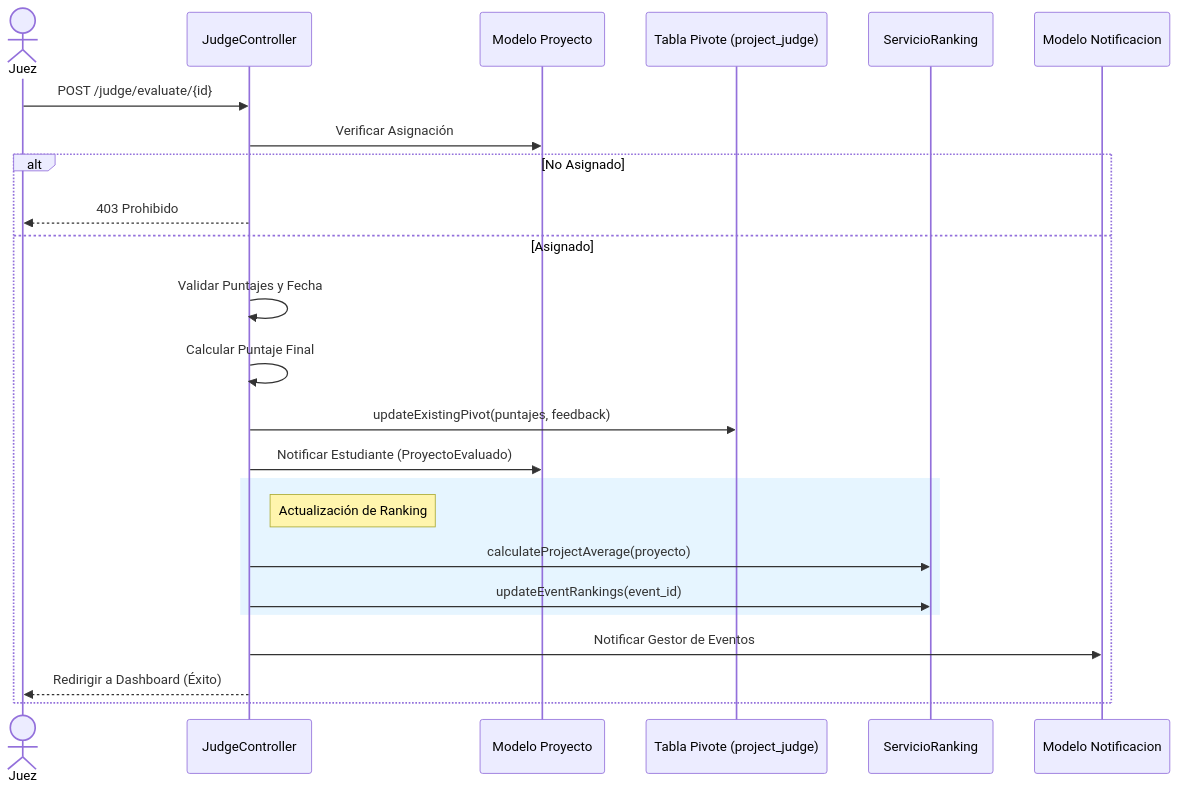
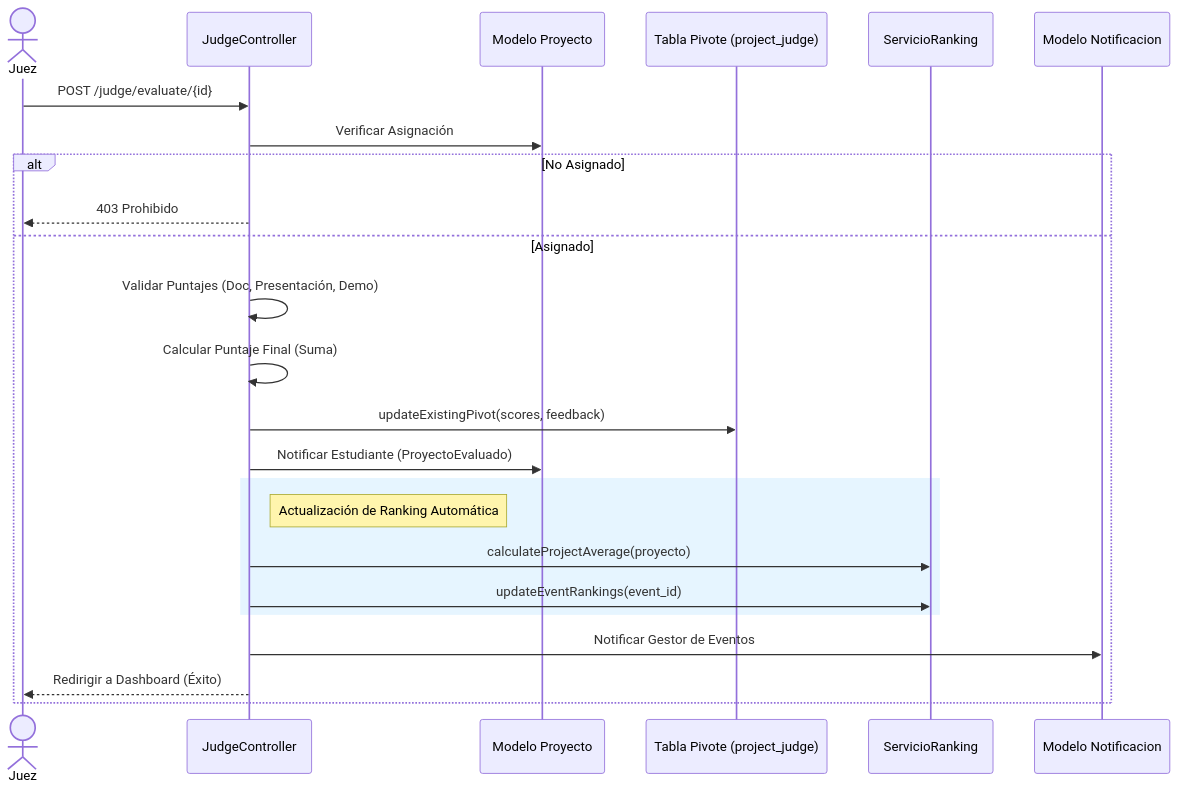
The fourth of 4 diagrams in README.md (HFernandoCR/WebAtoon), drawn with Mermaid before and after one commit. The commit also changed other lines of this file, not shown here.

First line of the commit message:
Actualización_README_Secuencia2

````diff
--- a/README.md
+++ b/README.md
@@ -163,32 +180,33 @@
 ```mermaid
 sequenceDiagram
     actor Juez
     participant JudgeController
     participant Modelo Proyecto
     participant Tabla Pivote (project_judge)
     participant ServicioRanking
     participant Modelo Notificacion
+
     Juez->>JudgeController: POST /judge/evaluate/{id}
     JudgeController->>Modelo Proyecto: Verificar Asignación
     
     alt No Asignado
         JudgeController-->>Juez: 403 Prohibido
     else Asignado
-        JudgeController->>JudgeController: Validar Puntajes y Fecha
-        JudgeController->>JudgeController: Calcular Puntaje Final
+        JudgeController->>JudgeController: Validar Puntajes (Doc, Presentación, Demo)
+        JudgeController->>JudgeController: Calcular Puntaje Final (Suma)
         
-        JudgeController->>Tabla Pivote (project_judge): updateExistingPivot(puntajes, feedback)
+        JudgeController->>Tabla Pivote (project_judge): updateExistingPivot(scores, feedback)
         
         JudgeController->>Modelo Proyecto: Notificar Estudiante (ProyectoEvaluado)
         
         rect rgb(230, 245, 255)
-            note right of JudgeController: Actualización de Ranking
+            note right of JudgeController: Actualización de Ranking Automática
             JudgeController->>ServicioRanking: calculateProjectAverage(proyecto)
             JudgeController->>ServicioRanking: updateEventRankings(event_id)
         end
         
         JudgeController->>Modelo Notificacion: Notificar Gestor de Eventos
         
         JudgeController-->>Juez: Redirigir a Dashboard (Éxito)
     end
 ```
````
